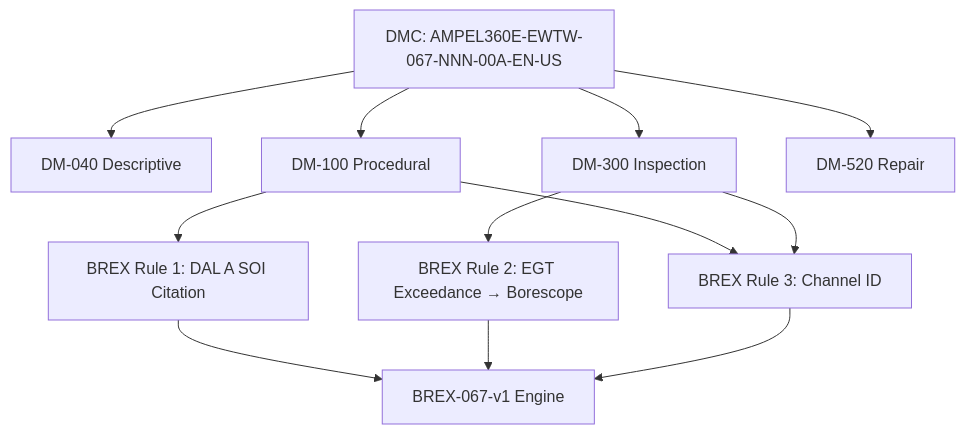
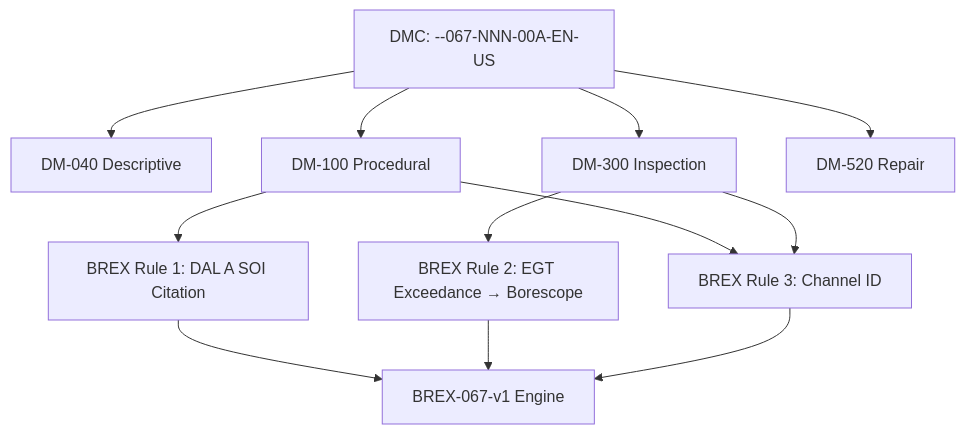
Before and after one commit to AmedeoPelliccia/Qplus-For-All-Queer-People-and-Quantum: the second of 2 diagrams in Q+ATLANTIDE/000-099_ATLAS/060-069_Propulsion-Tradicional/067_Engine-Controls/067-090-S1000D-CSDB-Mapping-and-Traceability.md, drawn with Mermaid. The commit also changed other lines of this file and 51 other files, not shown here.

First line of the commit message:
Generalize all 52 ATLAS S1000D-CSDB mapping files: remove AMPEL360E/eWTW/Programmes_example references, add scope: agnostic-standard, use generic DMC placeholders

````diff
--- a/Q+ATLANTIDE/000-099_ATLAS/060-069_Propulsion-Tradicional/067_Engine-Controls/067-090-S1000D-CSDB-Mapping-and-Traceability.md
+++ b/Q+ATLANTIDE/000-099_ATLAS/060-069_Propulsion-Tradicional/067_Engine-Controls/067-090-S1000D-CSDB-Mapping-and-Traceability.md
@@ -96,11 +97,11 @@
 ```mermaid
 flowchart TB
-    DMC_67["DMC: AMPEL360E-EWTW-067-NNN-00A-EN-US"] --> DM_040[DM-040 Descriptive]
+    DMC_67["DMC: <MODEL>-<SYSTEMDIFF>-067-NNN-00A-EN-US"] --> DM_040[DM-040 Descriptive]
     DMC_67 --> DM_100[DM-100 Procedural]
     DMC_67 --> DM_300[DM-300 Inspection]
     DMC_67 --> DM_520[DM-520 Repair]
     DM_100 --> DAL_RULE[BREX Rule 1: DAL A SOI Citation]
     DM_300 --> EGT_RULE[BREX Rule 2: EGT Exceedance → Borescope]
     DM_100 & DM_300 --> CH_RULE[BREX Rule 3: Channel ID]
     DAL_RULE & EGT_RULE & CH_RULE --> BREX_ENGINE[BREX-067-v1 Engine]
 ```
````
